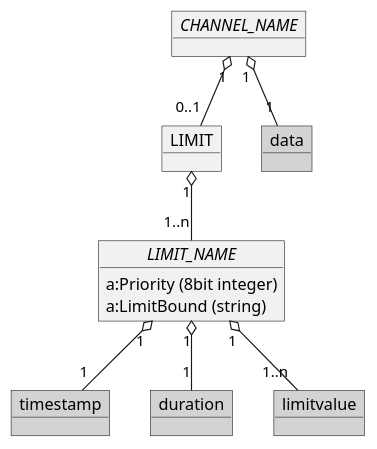
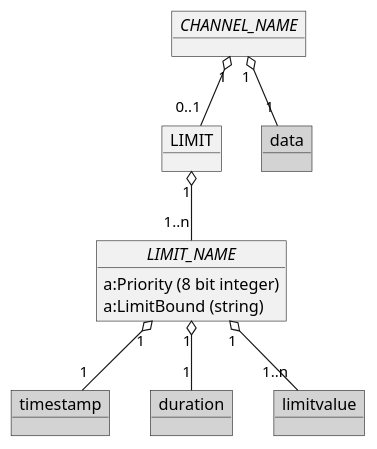
One commit to OpenRailAssociation/rcm-dx changed the ninth of 9 diagrams in images/RCM-DX_images.puml. Above: the diagram before and after it, drawn with PlantUML. The commit also changed other lines of this file and 1 other file, not shown here.

```diff
--- a/images/RCM-DX_images.puml
+++ b/images/RCM-DX_images.puml
@@ -421,24 +467,24 @@
 @startuml Limit_overview
 
   object LIMIT
 
   object "//CHANNEL_NAME//" as channel_name
 
   object data #LightGray
   object timestamp #LightGray
   object duration #LightGray
   object limitvalue #LightGray
 
   object "//LIMIT_NAME//" as limit_name {
-    a:Priority (8bit integer)
+    a:Priority (8 bit integer)
     a:LimitBound (string)
   }
 
   channel_name "1" o-- "1" data
   channel_name "1" o-- "0..1" LIMIT
   LIMIT "1" o-- "1..n" limit_name
   limit_name "1" o-- "1" timestamp
   limit_name "1" o-- "1" duration
   limit_name "1" o-- "1..n" limitvalue
 
 @enduml
```
